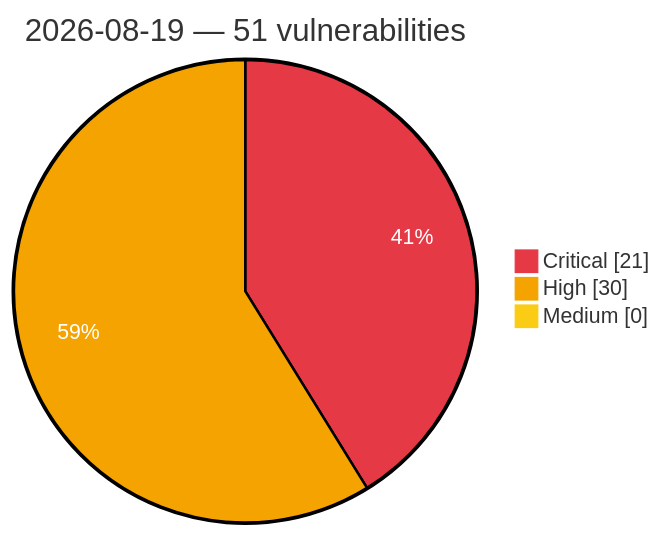
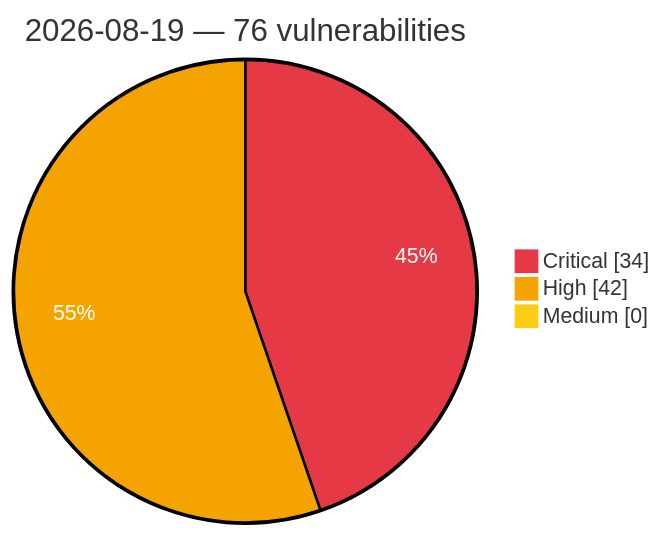
One commit to GhostX0X/vuln-tracker changed the diagram in vulnerabilities/2026/August/2026-08-19.md. Above: the diagram before and after it, drawn with Mermaid. The commit also changed other lines of this file and 5 other files, not shown here.

Commit message:
Auto update: critical/high vulns (2026-08-19 18:31 UTC)

````diff
--- a/vulnerabilities/2026/August/2026-08-19.md
+++ b/vulnerabilities/2026/August/2026-08-19.md
@@ -3,8 +3,8 @@
 ```mermaid
 %%{init: {'theme':'base', 'themeVariables': {'pie1':'#e63946', 'pie2':'#f4a300', 'pie3':'#facc15', 'pieOpacity':'1', 'pieOuterStrokeWidth':'2px', 'pieSectionTextColor':'#ffffff'}}}%%
 pie showData
-    title 2026-08-19 — 51 vulnerabilities
-    "Critical" : 21
-    "High" : 30
+    title 2026-08-19 — 76 vulnerabilities
+    "Critical" : 34
+    "High" : 42
     "Medium" : 0
 ```
````
